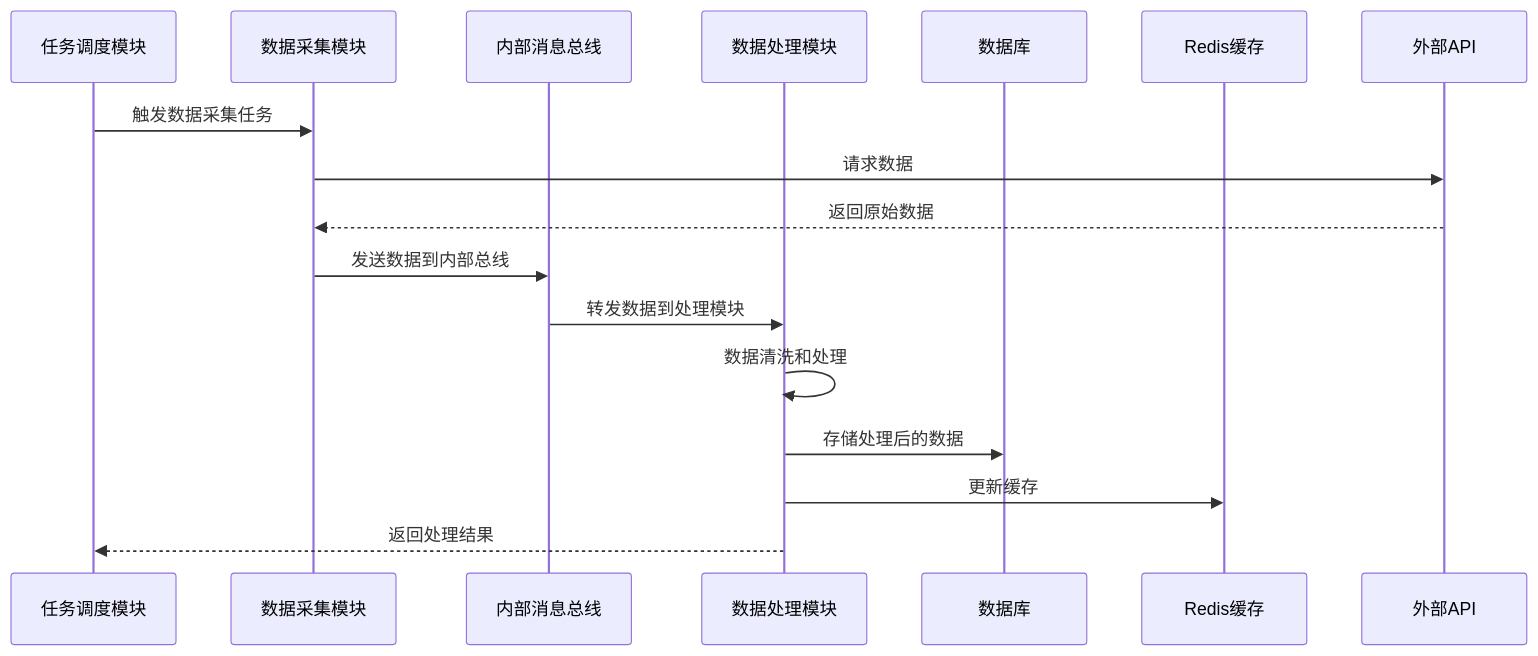
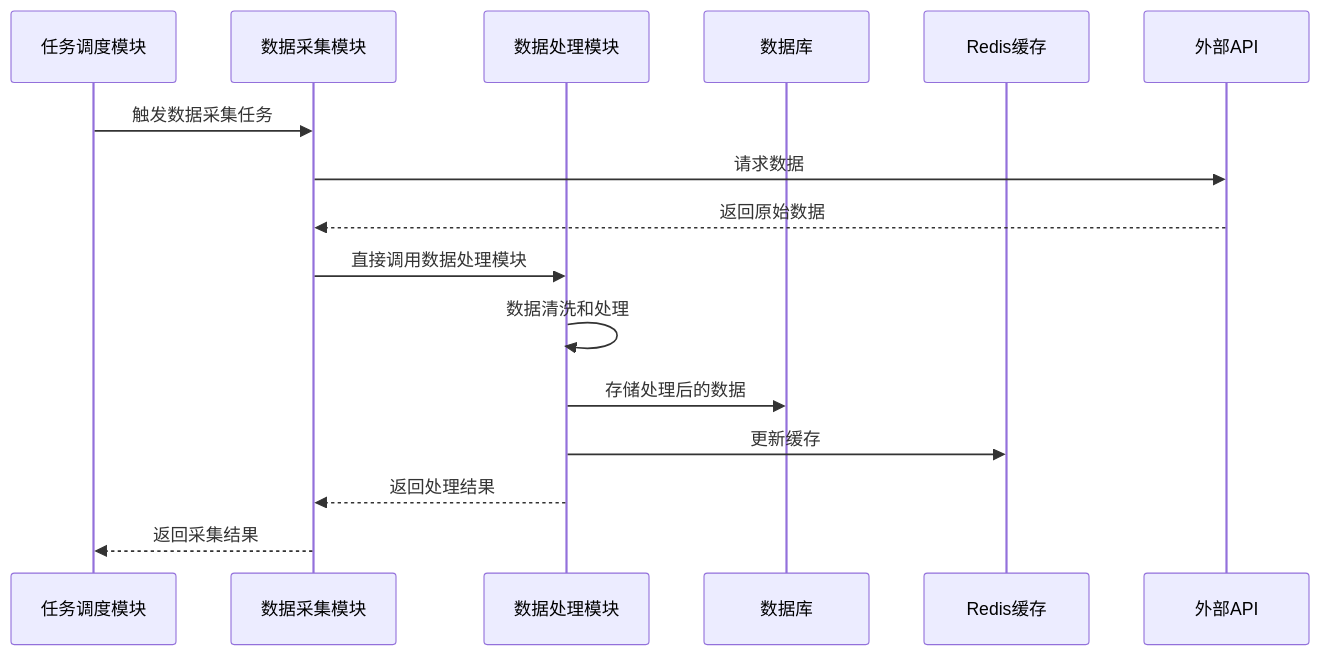
One commit to Casper-Mars/trading changed the second of 4 diagrams in .trae/documents/design_backend.md. Above: the diagram before and after it, drawn with Mermaid. The commit also changed other lines of this file and 44 other files, not shown here.

````diff
--- a/.trae/documents/design_backend.md
+++ b/.trae/documents/design_backend.md
@@ -413,19 +411,18 @@
 ```mermaid
 sequenceDiagram
     participant TS as 任务调度模块
     participant DC as 数据采集模块
-    participant Bus as 内部消息总线
     participant DP as 数据处理模块
     participant DB as 数据库
     participant Cache as Redis缓存
     
     TS->>DC: 触发数据采集任务
     DC->>外部API: 请求数据
     外部API-->>DC: 返回原始数据
-    DC->>Bus: 发送数据到内部总线
-    Bus->>DP: 转发数据到处理模块
+    DC->>DP: 直接调用数据处理模块
     DP->>DP: 数据清洗和处理
     DP->>DB: 存储处理后的数据
     DP->>Cache: 更新缓存
-    DP-->>TS: 返回处理结果
+    DP-->>DC: 返回处理结果
+    DC-->>TS: 返回采集结果
 ```
````
